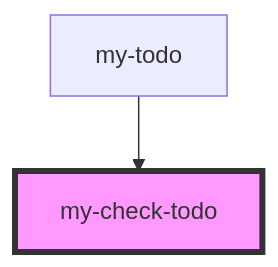
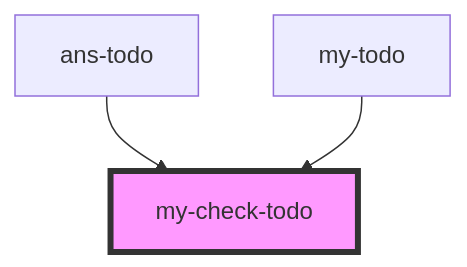
The diagram in stencil-component/src/components/my-check-todo/readme.md (shingo1551/r3g), drawn with Mermaid before and after one commit. The commit also changed other lines of this file and 42 other files, not shown here.

````diff
--- a/stencil-component/src/components/my-check-todo/readme.md
+++ b/stencil-component/src/components/my-check-todo/readme.md
@@ -31,5 +32,6 @@
 ```mermaid
 graph TD;
+  ans-todo --> my-check-todo
   my-todo --> my-check-todo
   style my-check-todo fill:#f9f,stroke:#333,stroke-width:4px
 ```
````
